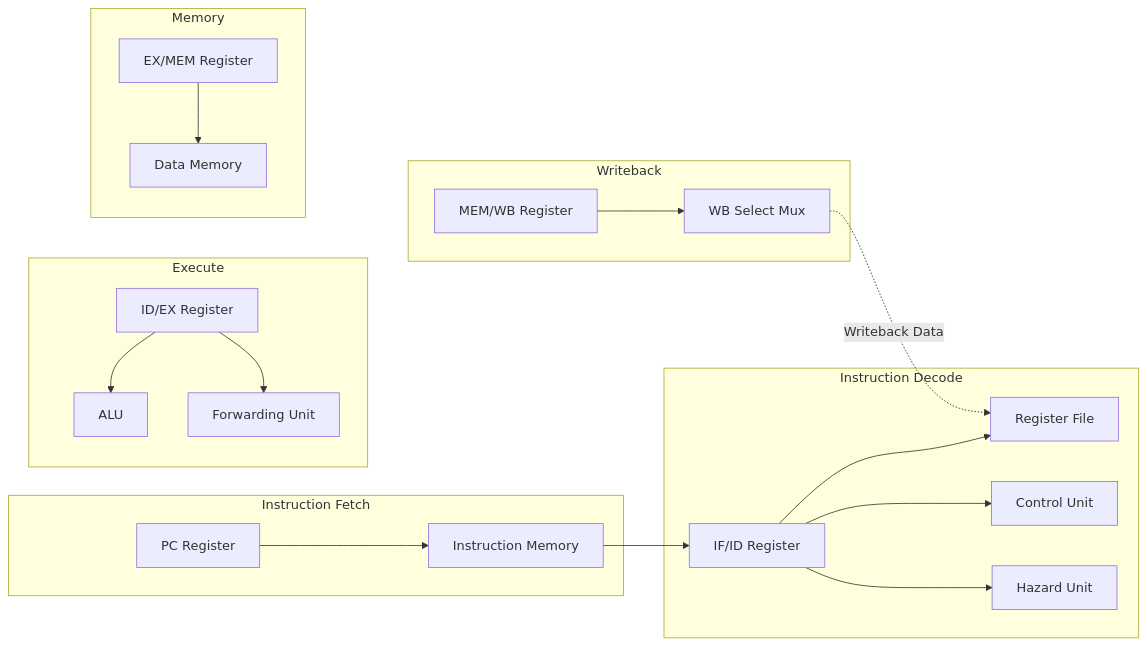
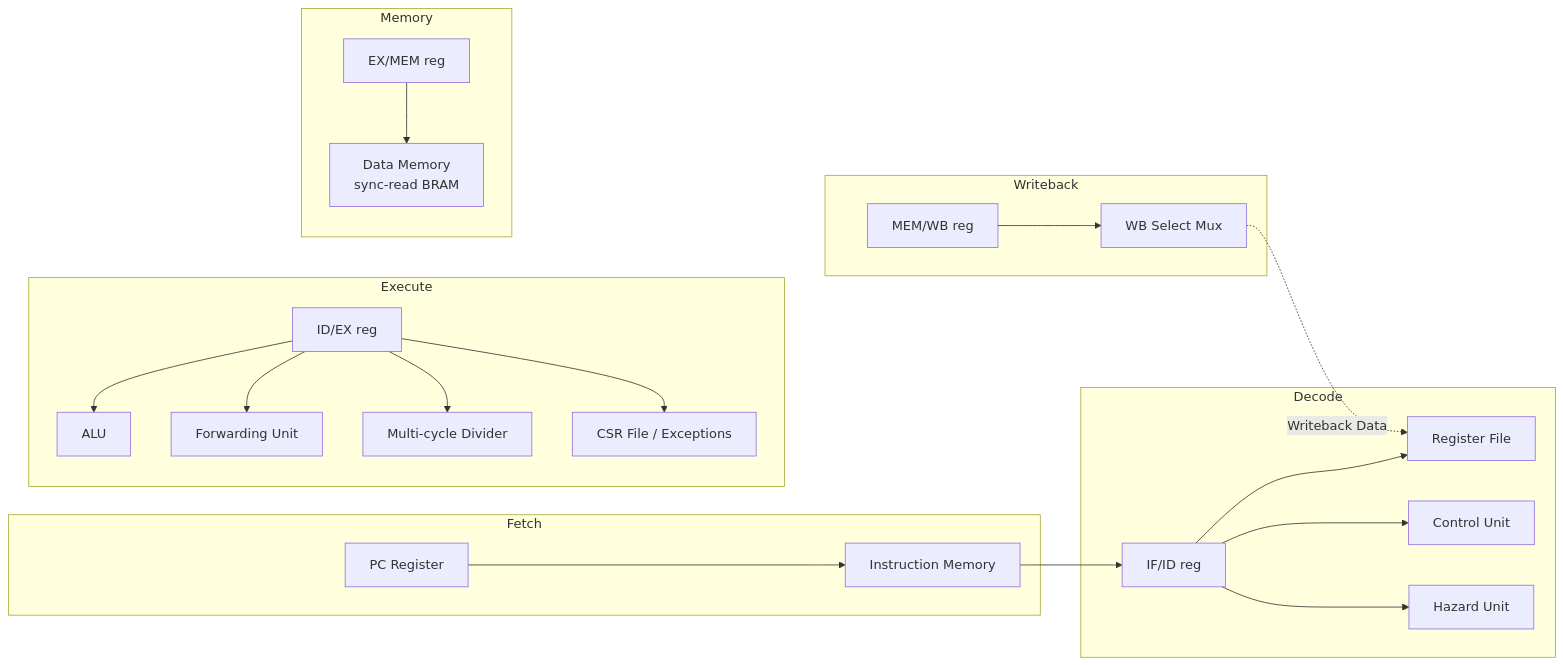
Before and after one commit to bhouvana/RV32IM-5-Stage-Pipelined-Processor: the diagram in README.md, drawn with Mermaid. The commit also changed other lines of this file and 1 other file, not shown here.

````diff
--- a/README.md
+++ b/README.md
@@ -9,23 +67,25 @@
 ```mermaid
 graph LR
-    subgraph IF [Instruction Fetch]
+    subgraph IF [Fetch]
         PC[PC Register] --> IM[Instruction Memory]
     end
-    subgraph ID [Instruction Decode]
-        IM --> REG1[IF/ID Register]
+    subgraph ID [Decode]
+        IM --> REG1[IF/ID reg]
         REG1 --> RF[Register File]
         REG1 --> CTRL[Control Unit]
         REG1 --> HZD[Hazard Unit]
     end
     subgraph EX [Execute]
-        REG2[ID/EX Register] --> ALU[ALU]
+        REG2[ID/EX reg] --> ALU[ALU]
         REG2 --> FWD[Forwarding Unit]
+        REG2 --> DIV[Multi-cycle Divider]
+        REG2 --> CSR[CSR File / Exceptions]
     end
     subgraph MEM [Memory]
-        REG3[EX/MEM Register] --> DM[Data Memory]
+        REG3[EX/MEM reg] --> DM[Data Memory<br/>sync-read BRAM]
     end
     subgraph WB [Writeback]
-        REG4[MEM/WB Register] --> WB_MUX[WB Select Mux]
+        REG4[MEM/WB reg] --> WB_MUX[WB Select Mux]
     end
     WB_MUX -.->|Writeback Data| RF
 ```
````
